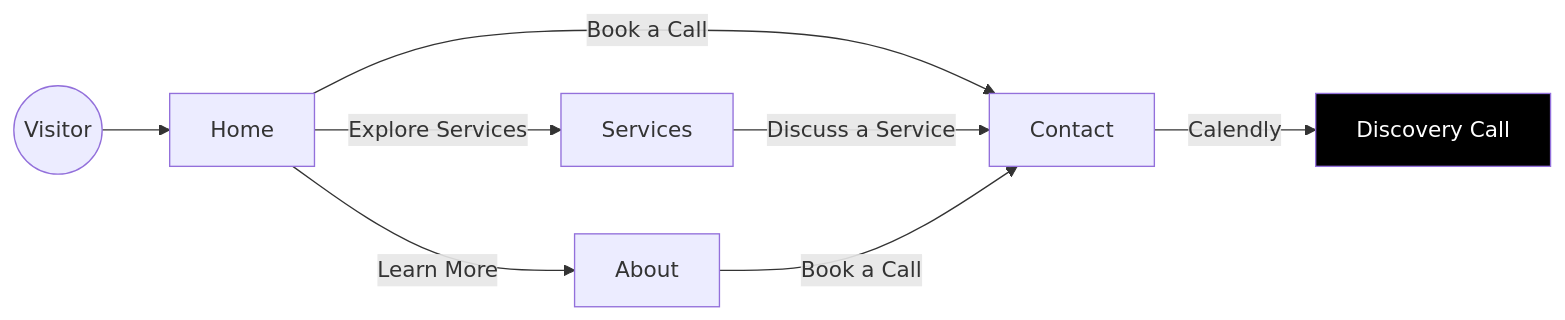
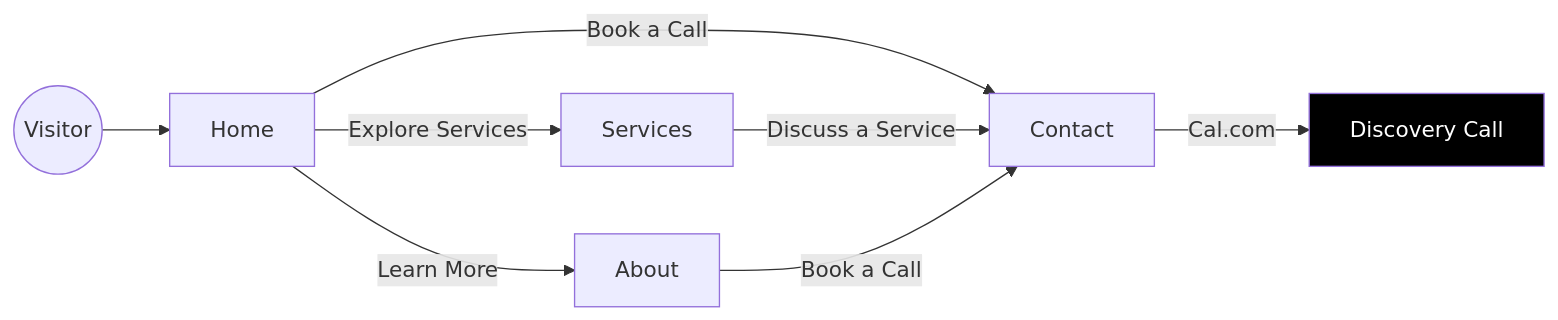
One commit to cmin764/wandercode changed the diagram in README.md. Above: the diagram before and after it, drawn with Mermaid. The commit also changed other lines of this file and 12 other files, not shown here.

Commit message:
Floating "Book a Call" button removed

````diff
--- a/README.md
+++ b/README.md
@@ -52,15 +52,15 @@
 ```mermaid
 flowchart LR
     V((Visitor)) --> Home
 
     Home -->|Explore Services| Services
     Home -->|Book a Call| Contact
     Home -->|Learn More| About
 
     Services -->|Discuss a Service| Contact
     About -->|Book a Call| Contact
 
-    Contact -->|Calendly| Book["Discovery Call"]
+    Contact -->|Cal.com| Book["Discovery Call"]
 
     style Book fill:#000,color:#fff
 ```
````
